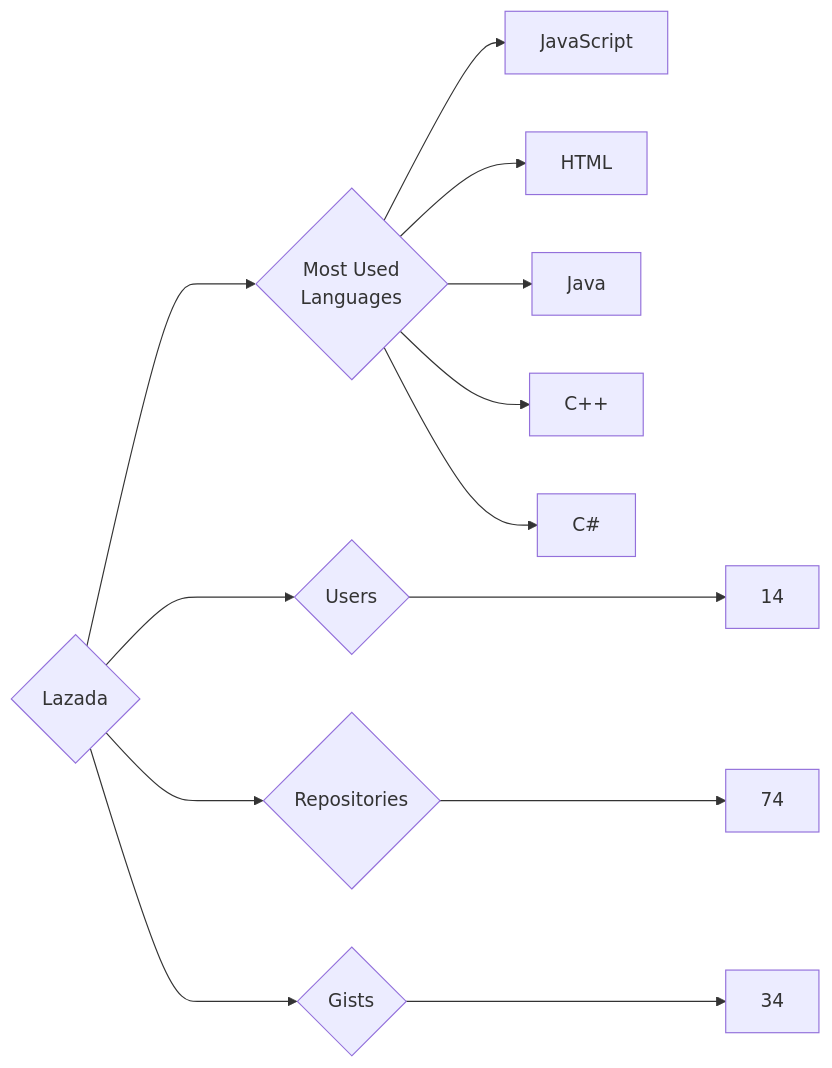
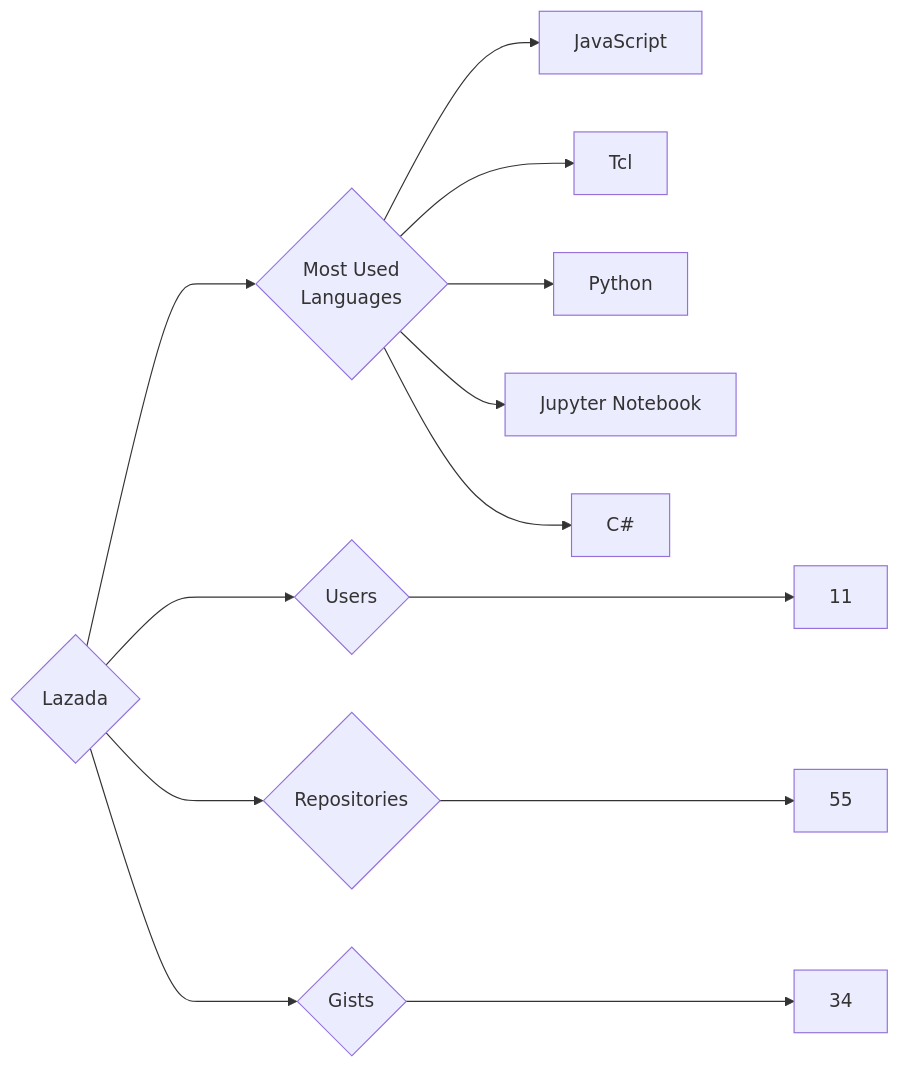
One commit to trickest/insiders changed the diagram in targets/Lazada/README.md. Above: the diagram before and after it, drawn with Mermaid. The commit also changed 782 other files, not shown here.

````diff
--- a/targets/Lazada/README.md
+++ b/targets/Lazada/README.md
@@ -3,13 +3,13 @@
 ```mermaid
 graph LR
 COMPANY_NAME{Lazada}
-COMPANY_NAME ---> U{Users} ---> UN[14]
-COMPANY_NAME ---> R{Repositories} ---> RN[74]
+COMPANY_NAME ---> U{Users} ---> UN[11]
+COMPANY_NAME ---> R{Repositories} ---> RN[55]
 COMPANY_NAME ---> G{Gists} ---> GN[34]
 COMPANY_NAME ---> ML{Most Used<br>Languages}
 ML --> JavaScript[JavaScript]
-ML --> HTML[HTML]
-ML --> Java[Java]
-ML --> C++[C++]
+ML --> Tcl[Tcl]
+ML --> Python[Python]
+ML --> Jupyter_Notebook[Jupyter Notebook]
 ML --> C#[C#]
 ```
````
